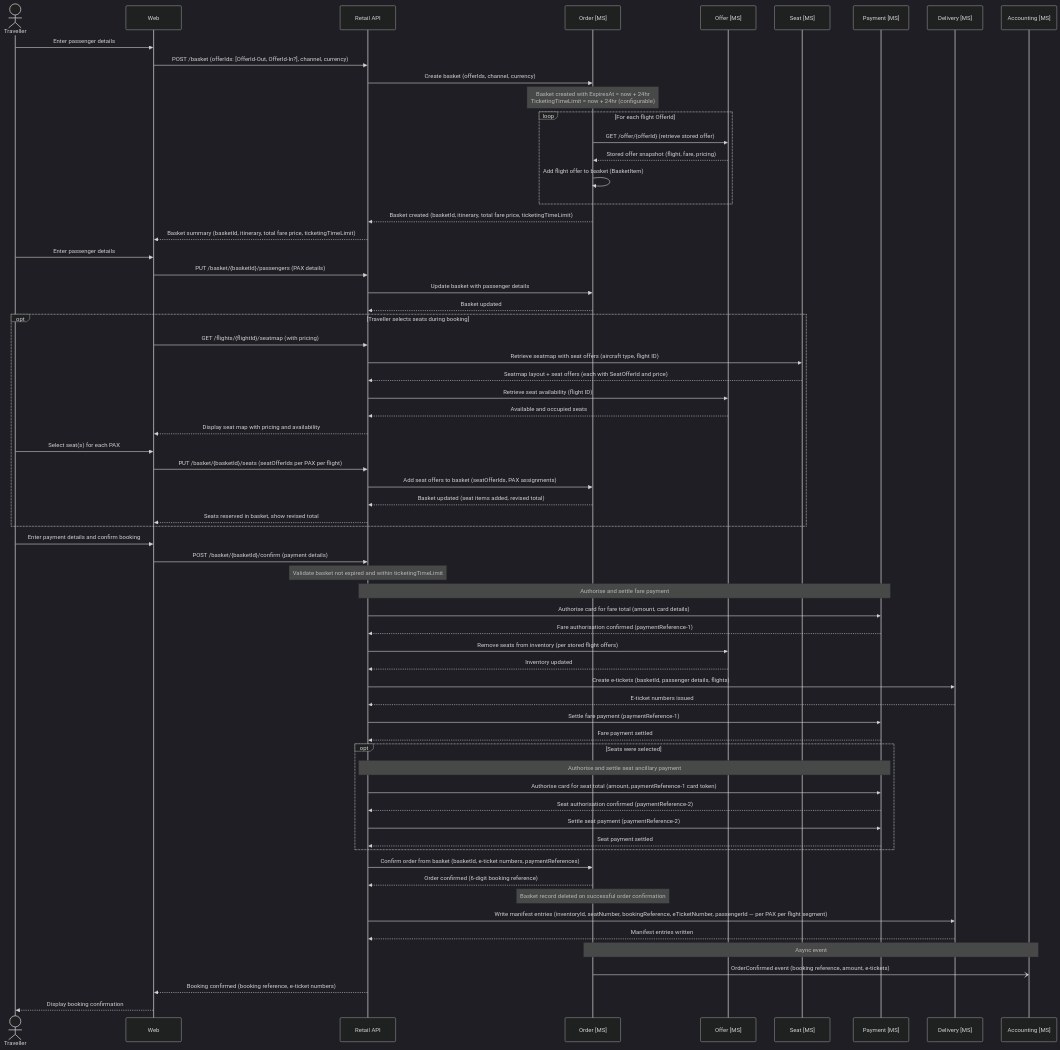
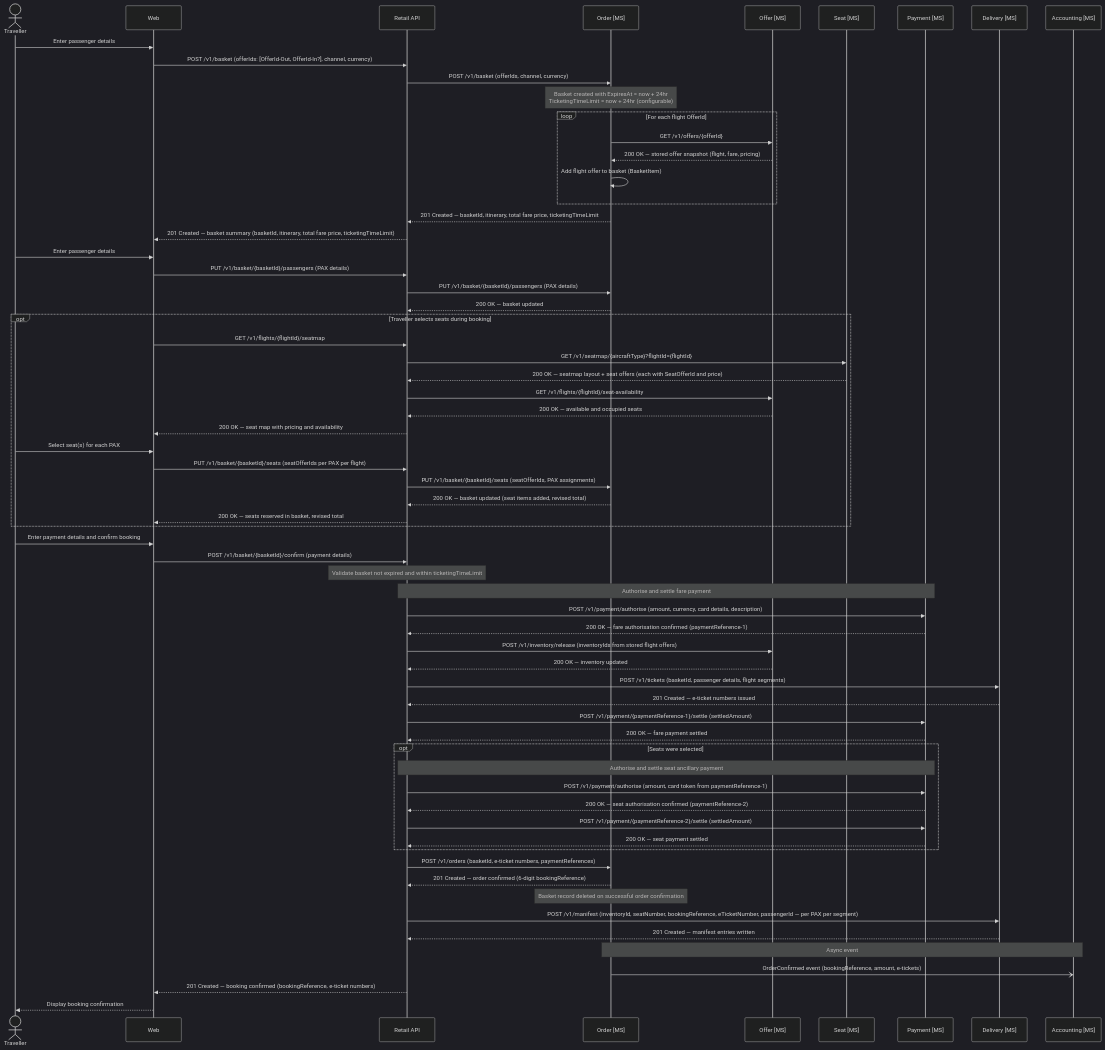
Before and after one commit to sebharvey/airline-reservation-system: the third of 12 diagrams in architecture/design.md, drawn with Mermaid (dark theme). The commit also changed other lines of this file, not shown here.

````diff
--- a/architecture/design.md
+++ b/architecture/design.md
@@ -283,82 +283,82 @@
 ```mermaid
 sequenceDiagram
     actor Traveller
     participant Web
     participant RetailAPI as Retail API
     participant OrderMS as Order [MS]
     participant OfferMS as Offer [MS]
     participant SeatMS as Seat [MS]
     participant PaymentMS as Payment [MS]
     participant DeliveryMS as Delivery [MS]
     participant AccountingMS as Accounting [MS]
 
     Traveller->>Web: Enter passenger details
 
-    Web->>RetailAPI: POST /basket (offerIds: [OfferId-Out, OfferId-In?], channel, currency)
-    RetailAPI->>OrderMS: Create basket (offerIds, channel, currency)
+    Web->>RetailAPI: POST /v1/basket (offerIds: [OfferId-Out, OfferId-In?], channel, currency)
+    RetailAPI->>OrderMS: POST /v1/basket (offerIds, channel, currency)
     Note over OrderMS: Basket created with ExpiresAt = now + 24hr<br/>TicketingTimeLimit = now + 24hr (configurable)
 
     loop For each flight OfferId
-        OrderMS->>OfferMS: GET /offer/{offerId} (retrieve stored offer)
-        OfferMS-->>OrderMS: Stored offer snapshot (flight, fare, pricing)
+        OrderMS->>OfferMS: GET /v1/offers/{offerId}
+        OfferMS-->>OrderMS: 200 OK — stored offer snapshot (flight, fare, pricing)
         OrderMS->>OrderMS: Add flight offer to basket (BasketItem)
     end
 
-    OrderMS-->>RetailAPI: Basket created (basketId, itinerary, total fare price, ticketingTimeLimit)
-    RetailAPI-->>Web: Basket summary (basketId, itinerary, total fare price, ticketingTimeLimit)
+    OrderMS-->>RetailAPI: 201 Created — basketId, itinerary, total fare price, ticketingTimeLimit
+    RetailAPI-->>Web: 201 Created — basket summary (basketId, itinerary, total fare price, ticketingTimeLimit)
 
     Traveller->>Web: Enter passenger details
-    Web->>RetailAPI: PUT /basket/{basketId}/passengers (PAX details)
-    RetailAPI->>OrderMS: Update basket with passenger details
-    OrderMS-->>RetailAPI: Basket updated
+    Web->>RetailAPI: PUT /v1/basket/{basketId}/passengers (PAX details)
+    RetailAPI->>OrderMS: PUT /v1/basket/{basketId}/passengers (PAX details)
+    OrderMS-->>RetailAPI: 200 OK — basket updated
 
     opt Traveller selects seats during booking
-        Web->>RetailAPI: GET /flights/{flightId}/seatmap (with pricing)
-        RetailAPI->>SeatMS: Retrieve seatmap with seat offers (aircraft type, flight ID)
-        SeatMS-->>RetailAPI: Seatmap layout + seat offers (each with SeatOfferId and price)
-        RetailAPI->>OfferMS: Retrieve seat availability (flight ID)
-        OfferMS-->>RetailAPI: Available and occupied seats
-        RetailAPI-->>Web: Display seat map with pricing and availability
+        Web->>RetailAPI: GET /v1/flights/{flightId}/seatmap
+        RetailAPI->>SeatMS: GET /v1/seatmap/{aircraftType}?flightId={flightId}
+        SeatMS-->>RetailAPI: 200 OK — seatmap layout + seat offers (each with SeatOfferId and price)
+        RetailAPI->>OfferMS: GET /v1/flights/{flightId}/seat-availability
+        OfferMS-->>RetailAPI: 200 OK — available and occupied seats
+        RetailAPI-->>Web: 200 OK — seat map with pricing and availability
         Traveller->>Web: Select seat(s) for each PAX
-        Web->>RetailAPI: PUT /basket/{basketId}/seats (seatOfferIds per PAX per flight)
-        RetailAPI->>OrderMS: Add seat offers to basket (seatOfferIds, PAX assignments)
-        OrderMS-->>RetailAPI: Basket updated (seat items added, revised total)
-        RetailAPI-->>Web: Seats reserved in basket, show revised total
+        Web->>RetailAPI: PUT /v1/basket/{basketId}/seats (seatOfferIds per PAX per flight)
+        RetailAPI->>OrderMS: PUT /v1/basket/{basketId}/seats (seatOfferIds, PAX assignments)
+        OrderMS-->>RetailAPI: 200 OK — basket updated (seat items added, revised total)
+        RetailAPI-->>Web: 200 OK — seats reserved in basket, revised total
     end
 
     Traveller->>Web: Enter payment details and confirm booking
 
-    Web->>RetailAPI: POST /basket/{basketId}/confirm (payment details)
+    Web->>RetailAPI: POST /v1/basket/{basketId}/confirm (payment details)
     Note over RetailAPI: Validate basket not expired and within ticketingTimeLimit
 
     Note over RetailAPI, PaymentMS: Authorise and settle fare payment
-    RetailAPI->>PaymentMS: Authorise card for fare total (amount, card details)
-    PaymentMS-->>RetailAPI: Fare authorisation confirmed (paymentReference-1)
-    RetailAPI->>OfferMS: Remove seats from inventory (per stored flight offers)
-    OfferMS-->>RetailAPI: Inventory updated
-    RetailAPI->>DeliveryMS: Create e-tickets (basketId, passenger details, flights)
-    DeliveryMS-->>RetailAPI: E-ticket numbers issued
-    RetailAPI->>PaymentMS: Settle fare payment (paymentReference-1)
-    PaymentMS-->>RetailAPI: Fare payment settled
+    RetailAPI->>PaymentMS: POST /v1/payment/authorise (amount, currency, card details, description)
+    PaymentMS-->>RetailAPI: 200 OK — fare authorisation confirmed (paymentReference-1)
+    RetailAPI->>OfferMS: POST /v1/inventory/release (inventoryIds from stored flight offers)
+    OfferMS-->>RetailAPI: 200 OK — inventory updated
+    RetailAPI->>DeliveryMS: POST /v1/tickets (basketId, passenger details, flight segments)
+    DeliveryMS-->>RetailAPI: 201 Created — e-ticket numbers issued
+    RetailAPI->>PaymentMS: POST /v1/payment/{paymentReference-1}/settle (settledAmount)
+    PaymentMS-->>RetailAPI: 200 OK — fare payment settled
 
     opt Seats were selected
         Note over RetailAPI, PaymentMS: Authorise and settle seat ancillary payment
-        RetailAPI->>PaymentMS: Authorise card for seat total (amount, paymentReference-1 card token)
-        PaymentMS-->>RetailAPI: Seat authorisation confirmed (paymentReference-2)
-        RetailAPI->>PaymentMS: Settle seat payment (paymentReference-2)
-        PaymentMS-->>RetailAPI: Seat payment settled
+        RetailAPI->>PaymentMS: POST /v1/payment/authorise (amount, card token from paymentReference-1)
+        PaymentMS-->>RetailAPI: 200 OK — seat authorisation confirmed (paymentReference-2)
+        RetailAPI->>PaymentMS: POST /v1/payment/{paymentReference-2}/settle (settledAmount)
+        PaymentMS-->>RetailAPI: 200 OK — seat payment settled
     end
 
-    RetailAPI->>OrderMS: Confirm order from basket (basketId, e-ticket numbers, paymentReferences)
-    OrderMS-->>RetailAPI: Order confirmed (6-digit booking reference)
+    RetailAPI->>OrderMS: POST /v1/orders (basketId, e-ticket numbers, paymentReferences)
+    OrderMS-->>RetailAPI: 201 Created — order confirmed (6-digit bookingReference)
     Note over OrderMS: Basket record deleted on successful order confirmation
 
-    RetailAPI->>DeliveryMS: Write manifest entries (inventoryId, seatNumber, bookingReference, eTicketNumber, passengerId — per PAX per flight segment)
-    DeliveryMS-->>RetailAPI: Manifest entries written
+    RetailAPI->>DeliveryMS: POST /v1/manifest (inventoryId, seatNumber, bookingReference, eTicketNumber, passengerId — per PAX per segment)
+    DeliveryMS-->>RetailAPI: 201 Created — manifest entries written
 
     Note over OrderMS, AccountingMS: Async event
-    OrderMS-)AccountingMS: OrderConfirmed event (booking reference, amount, e-tickets)
+    OrderMS-)AccountingMS: OrderConfirmed event (bookingReference, amount, e-tickets)
 
-    RetailAPI-->>Web: Booking confirmed (booking reference, e-ticket numbers)
+    RetailAPI-->>Web: 201 Created — booking confirmed (bookingReference, e-ticket numbers)
     Web-->>Traveller: Display booking confirmation
 ```
````
